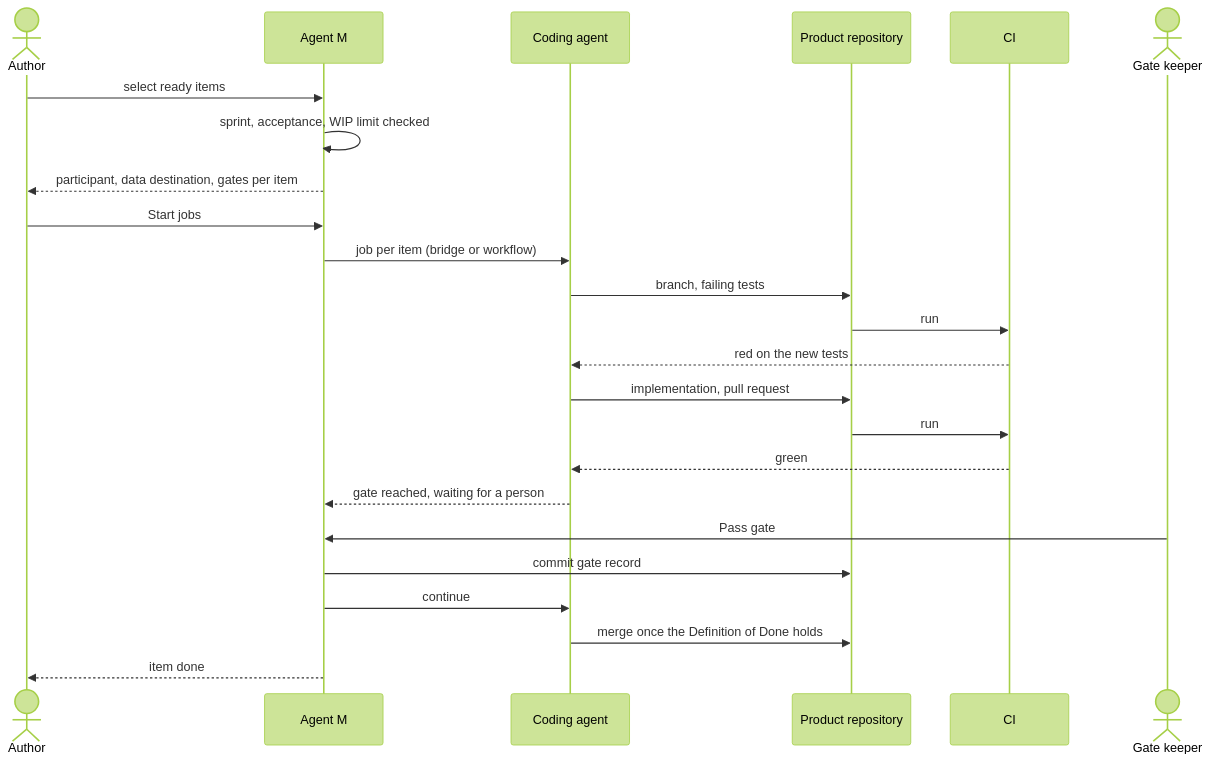
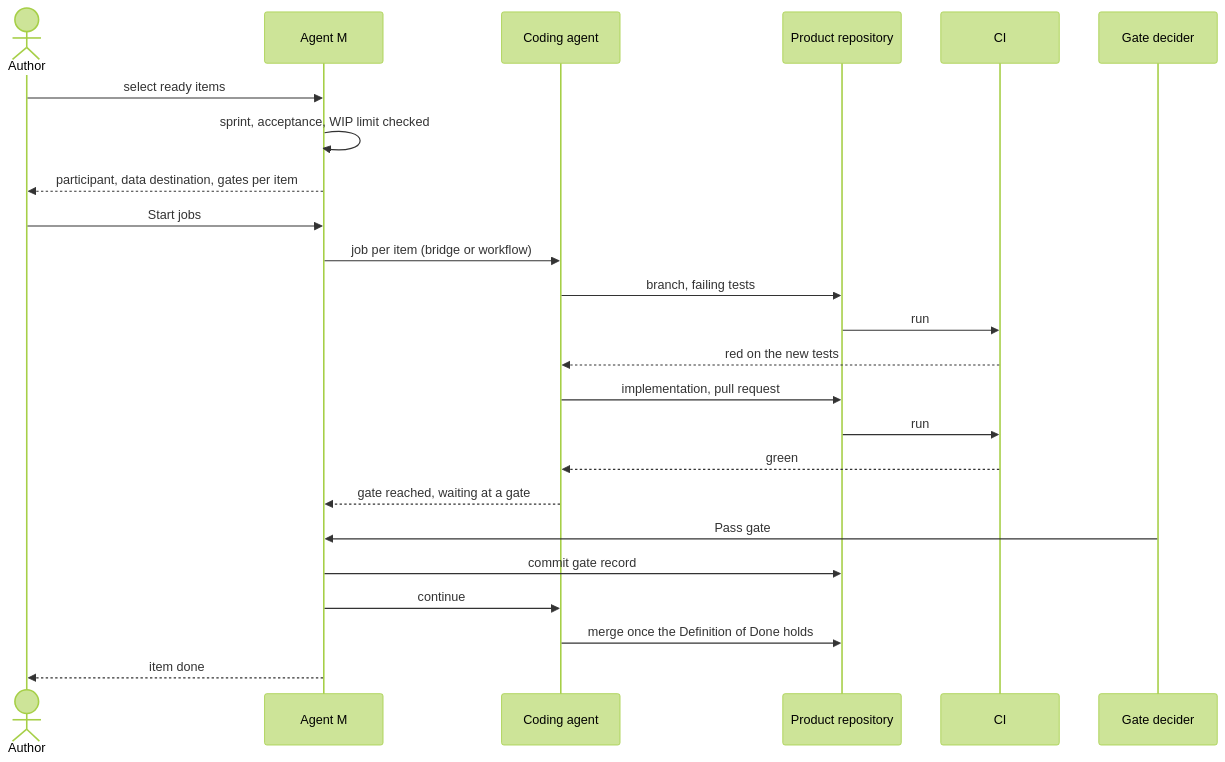
Before and after one commit to akmaier/agent-m: the diagram in docs/use-cases/UC-034-implement-backlog-items-with-a-coding-agent.md, drawn with Mermaid (forest theme). The commit also changed other lines of this file and 6 other files, not shown here.

````diff
--- a/docs/use-cases/UC-034-implement-backlog-items-with-a-coding-agent.md
+++ b/docs/use-cases/UC-034-implement-backlog-items-with-a-coding-agent.md
@@ -109,26 +117,26 @@
 ```mermaid
 sequenceDiagram
     actor A as Author
     participant M as Agent M
     participant C as Coding agent
     participant G as Product repository
     participant CI as CI
-    actor K as Gate keeper
+    participant K as Gate decider
     A->>M: select ready items
     M->>M: sprint, acceptance, WIP limit checked
     M-->>A: participant, data destination, gates per item
     A->>M: Start jobs
     M->>C: job per item (bridge or workflow)
     C->>G: branch, failing tests
     G->>CI: run
     CI-->>C: red on the new tests
     C->>G: implementation, pull request
     G->>CI: run
     CI-->>C: green
-    C-->>M: gate reached, waiting for a person
+    C-->>M: gate reached, waiting at a gate
     K->>M: Pass gate
     M->>G: commit gate record
     M->>C: continue
     C->>G: merge once the Definition of Done holds
     M-->>A: item done
 ```
````
